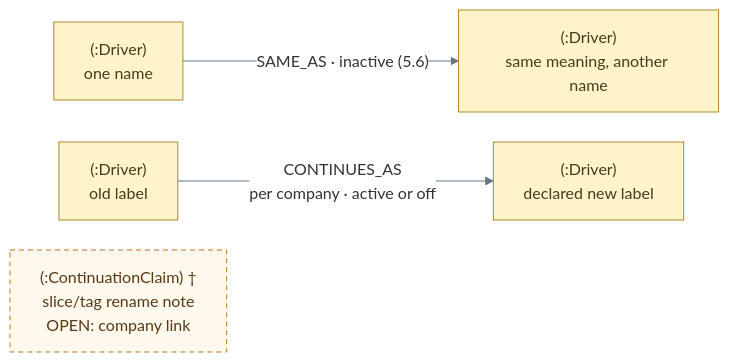
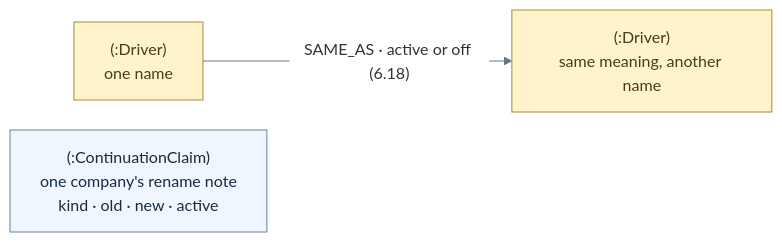
One commit to faisalanjum/EventTrader changed the sixth of 15 diagrams in .claude/plans/Drivers/DriversFinal/DRIVER_RULES.md. Above: the diagram before and after it, drawn with Mermaid. The commit also changed other lines of this file and 2 other files, not shown here.

Commit message:
Finalize Driver matching, history, and filing rules

````diff
--- a/.claude/plans/Drivers/DriversFinal/DRIVER_RULES.md
+++ b/.claude/plans/Drivers/DriversFinal/DRIVER_RULES.md
@@ -172,15 +170,12 @@
 ```mermaid
 %%{init: {"theme":"base","flowchart":{"curve":"linear","nodeSpacing":30,"rankSpacing":45,"htmlLabels":true},"themeVariables":{"fontFamily":"Arial","fontSize":"16px","lineColor":"#657487","edgeLabelBackground":"#ffffff"}}}%%
 flowchart LR
     synonymA["(:Driver)<br/>one name"]
     synonymB["(:Driver)<br/>same meaning, another name"]
-    oldName["(:Driver)<br/>old label"]
-    newName["(:Driver)<br/>declared new label"]
-    claim["(:ContinuationClaim) †<br/>slice/tag rename note<br/>OPEN: company link"]
-    synonymA -->|"SAME_AS · inactive (5.6)"| synonymB
-    oldName -->|"CONTINUES_AS<br/>per company · active or off"| newName
+    claim["(:ContinuationClaim)<br/>one company's rename note<br/>kind · old · new · active"]
+    synonymA -->|"SAME_AS · active or off (6.18)"| synonymB
     classDef driver fill:#fff3cc,stroke:#ac8735,color:#493b17
-    classDef pending fill:#fff8ed,stroke:#b77824,stroke-dasharray:5 4,color:#573a16
-    class synonymA,synonymB,oldName,newName driver
-    class claim pending
+    classDef note fill:#eff6ff,stroke:#6b829d,color:#172b42
+    class synonymA,synonymB driver
+    class claim note
 ```
````
